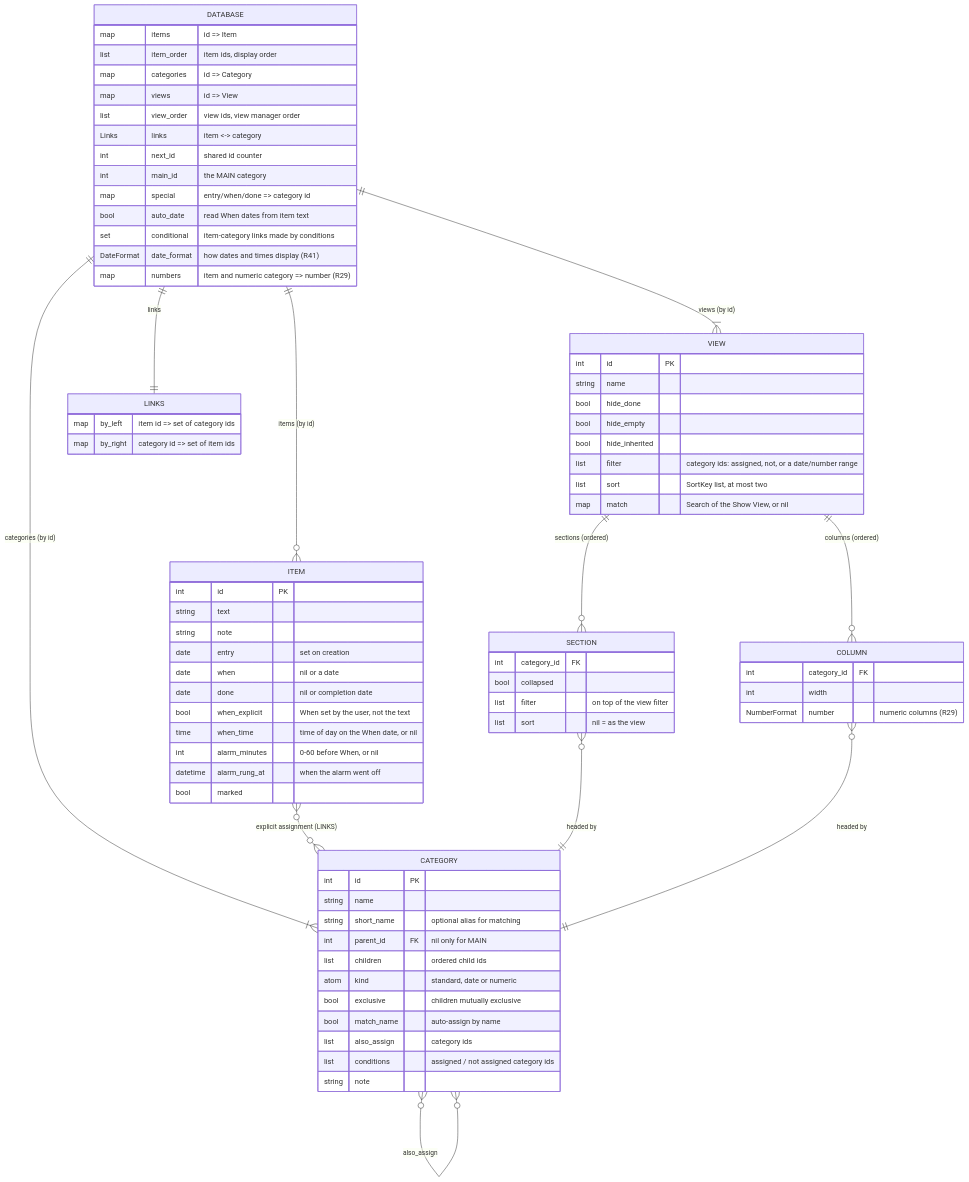
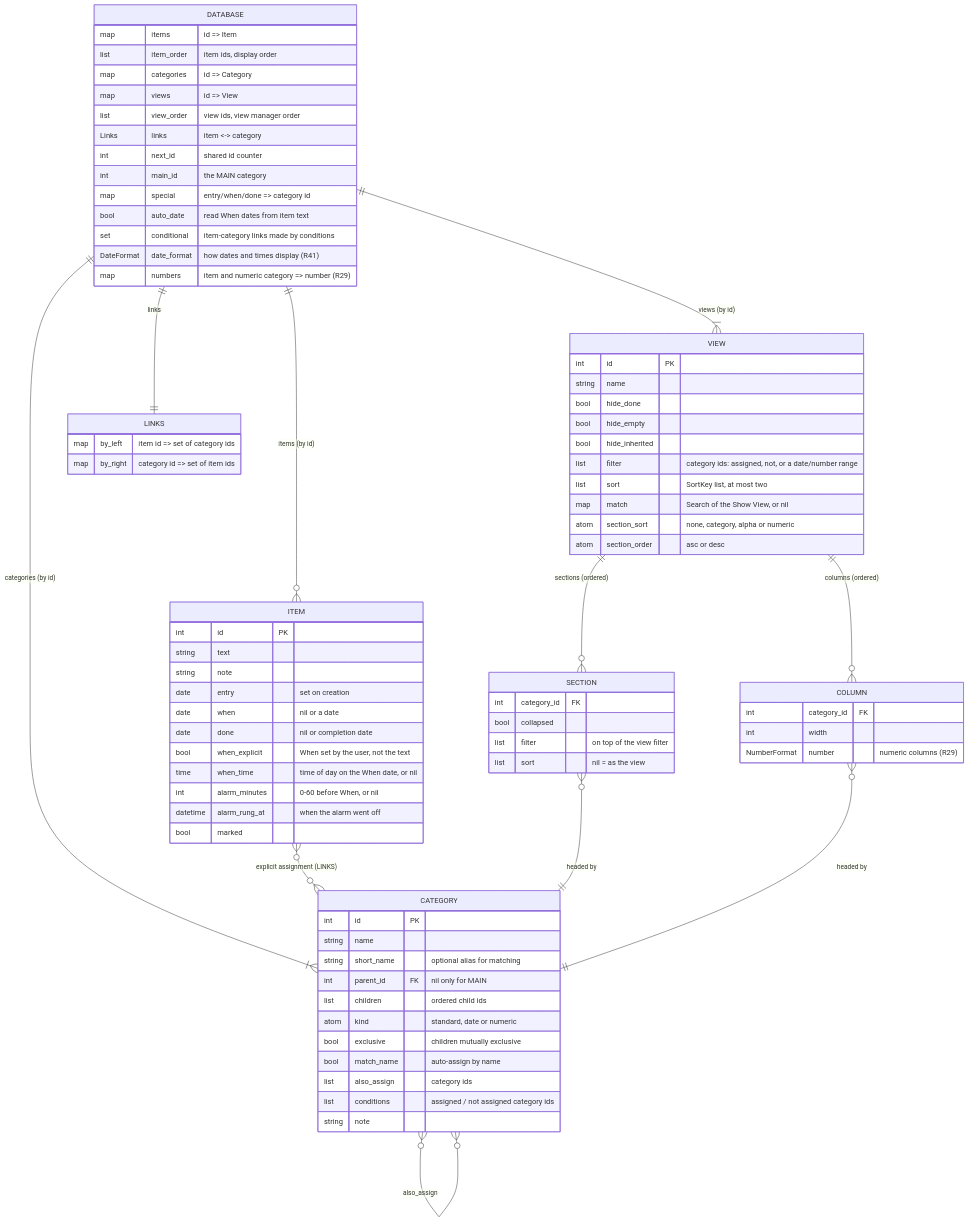
Before and after one commit to jamting/agendum: the first of 6 diagrams in docs/DATA_MODEL.md, drawn with Mermaid. The commit also changed other lines of this file and 11 other files, not shown here.

```diff
--- a/docs/DATA_MODEL.md
+++ b/docs/DATA_MODEL.md
@@ -73,6 +73,8 @@
         list filter "category ids: assigned, not, or a date/number range"
         list sort "SortKey list, at most two"
         map match "Search of the Show View, or nil"
+        atom section_sort "none, category, alpha or numeric"
+        atom section_order "asc or desc"
     }
     SECTION {
         int category_id FK
```
